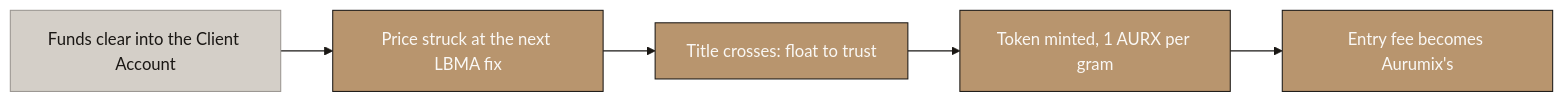
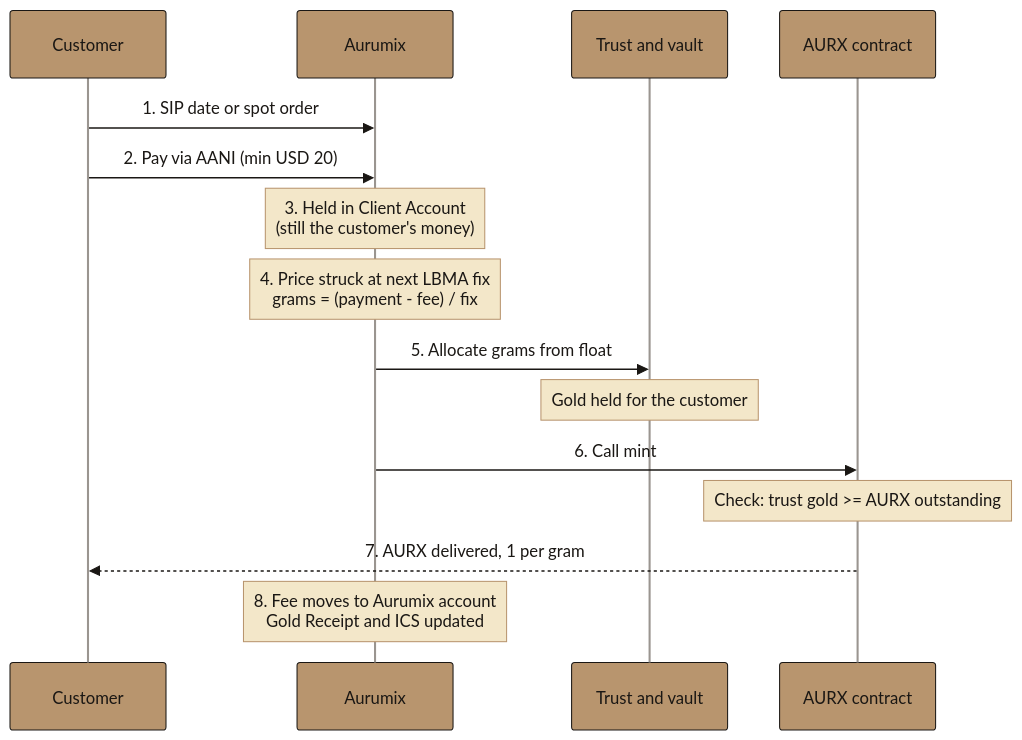
Diagram 11 of 45 in deliverables/2-mechanism-design/final/Aurumix_Process_Maps.md (Abdsys/Aurumix), drawn with Mermaid before and after one commit. The commit also changed other lines of this file and 6 other files, not shown here.

First line of the commit message:
Review pass on the MD document, sections 2 to 14: plain language, new diagrams, card and credit open to all

````diff
--- a/deliverables/2-mechanism-design/final/Aurumix_Process_Maps.md
+++ b/deliverables/2-mechanism-design/final/Aurumix_Process_Maps.md
@@ -343,25 +343,35 @@
 ```mermaid
 %%{init: {'theme': 'base', 'themeVariables': {
     'primaryColor': '#B8956E',
     'primaryTextColor': '#1A1714',
     'primaryBorderColor': '#1A1714',
     'lineColor': '#1A1714',
     'secondaryColor': '#FAF8F5',
     'tertiaryColor': '#D4CFC8',
     'fontFamily': 'Libre Franklin, sans-serif',
-    'edgeLabelBackground': '#D4CFC8',
-    'clusterBkg': '#FAF8F5',
-    'clusterBorder': '#B8956E'
+    'actorBkg': '#B8956E',
+    'actorBorder': '#1A1714',
+    'actorTextColor': '#1A1714',
+    'actorLineColor': '#9A9590',
+    'signalColor': '#1A1714',
+    'signalTextColor': '#1A1714',
+    'noteBkgColor': '#F3E7C9',
+    'noteBorderColor': '#B8956E',
+    'noteTextColor': '#1A1714'
 }}}%%
-graph LR
-    A["Funds clear into the Client Account"] --> B["Price struck at the next LBMA fix"]
-    B --> C["Title crosses: float to trust"]
-    C --> D["Token minted, 1 AURX per gram"]
-    D --> E["Entry fee becomes Aurumix's"]
-
-    style A fill:#D4CFC8,stroke:#9A9590,color:#1A1714
-    style B fill:#B8956E,stroke:#1A1714,color:#FAF8F5
-    style C fill:#B8956E,stroke:#1A1714,color:#FAF8F5
-    style D fill:#B8956E,stroke:#1A1714,color:#FAF8F5
-    style E fill:#B8956E,stroke:#1A1714,color:#FAF8F5
+sequenceDiagram
+    participant C as Customer
+    participant A as Aurumix
+    participant T as Trust and vault
+    participant K as AURX contract
+    C->>A: 1. SIP date or spot order
+    C->>A: 2. Pay via AANI (min USD 20)
+    Note over A: 3. Held in Client Account<br/>(still the customer's money)
+    Note over A: 4. Price struck at next LBMA fix<br/>grams = (payment - fee) / fix
+    A->>T: 5. Allocate grams from float
+    Note over T: Gold held for the customer
+    A->>K: 6. Call mint
+    Note over K: Check: trust gold >= AURX outstanding
+    K-->>C: 7. AURX delivered, 1 per gram
+    Note over A: 8. Fee moves to Aurumix account<br/>Gold Receipt and ICS updated
 ```
````
